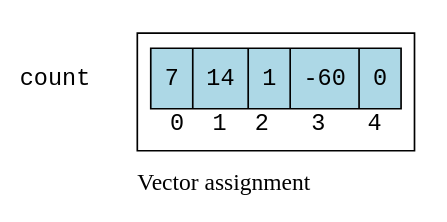
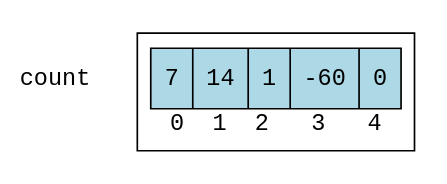
Before and after one commit to DaveParillo/cisc192-reader: the diagram in src/chapter10/accessing_elements.rst, drawn with Graphviz. The commit also changed 20 other files, not shown here.

```diff
--- a/src/chapter10/accessing_elements.rst
+++ b/src/chapter10/accessing_elements.rst
@@ -27,29 +27,29 @@
 .. graphviz::
+   :name: fig_vector_assignment
+   :caption: Vector assignment
+   :alt: diagram showing values assigned to vector elements
    :align: center
-   :alt: Vector assignment
 
    digraph c {
      rankdir=LR
      nodesep=0
      fontname = "Bitstream Vera Sans"
-     label="Vector assignment"
      node [
         fontname = "Courier"
         fontsize = 14
         shape = "record"
         style=filled
         fillcolor=lightblue
      ]
      subgraph cluster_0 {
-     label=""
      arr [
         label = "{7|14|1|-60|0}"
      ]
      node [ shape=plain]
      idx [style="", 
         label = "0  1  2   3   4"
      ]
      }
      count [shape=plain, style=""]
      count->arr [style=invis]
    }
```
